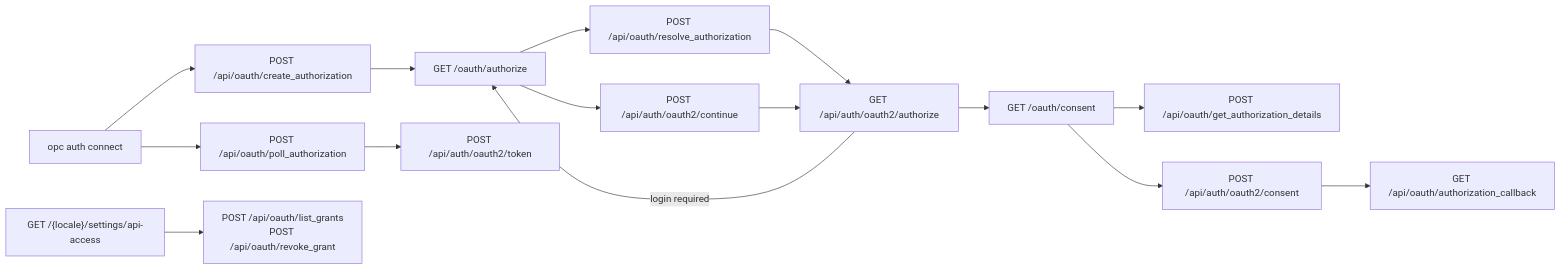
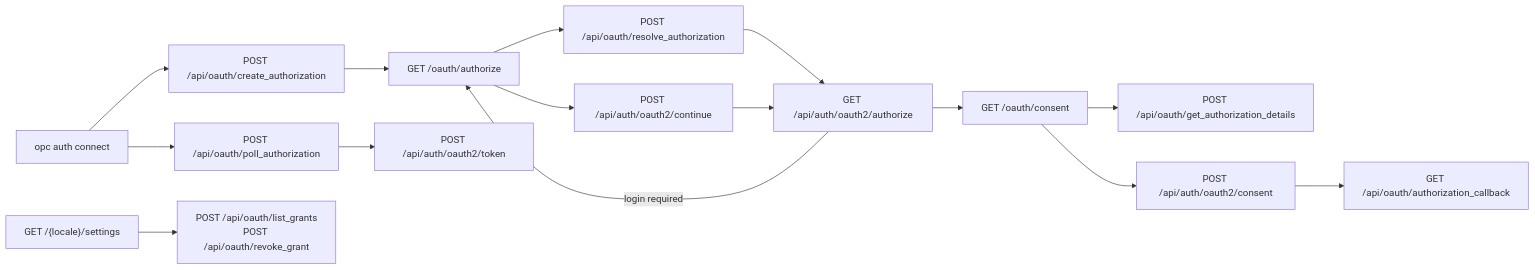
One commit to glidea/opcstack changed the second of 11 diagrams in docs/v025/tech-design.md. Above: the diagram before and after it, drawn with Mermaid. The commit also changed other lines of this file and 64 other files, not shown here.

````diff
--- a/docs/v025/tech-design.md
+++ b/docs/v025/tech-design.md
@@ -1018,32 +1013,32 @@
 ```mermaid
 flowchart LR
   CLI["opc auth connect"]
   Create["POST /api/oauth/create_authorization"]
   AuthorizePage["GET /oauth/authorize"]
   Resolve["POST /api/oauth/resolve_authorization"]
   Authorize["GET /api/auth/oauth2/authorize"]
   Continue["POST /api/auth/oauth2/continue"]
   ConsentPage["GET /oauth/consent"]
   Details["POST /api/oauth/get_authorization_details"]
   Consent["POST /api/auth/oauth2/consent"]
   Callback["GET /api/oauth/authorization_callback"]
   Poll["POST /api/oauth/poll_authorization"]
   Token["POST /api/auth/oauth2/token"]
-  Settings["GET /{locale}/settings/api-access"]
+  Settings["GET /{locale}/settings"]
   Grants["POST /api/oauth/list_grants<br/>POST /api/oauth/revoke_grant"]
 
   CLI --> Create
   Create --> AuthorizePage
   AuthorizePage --> Resolve
   Resolve --> Authorize
   Authorize -->|login required| AuthorizePage
   AuthorizePage --> Continue
   Continue --> Authorize
   Authorize --> ConsentPage
   ConsentPage --> Details
   ConsentPage --> Consent
   Consent --> Callback
   CLI --> Poll
   Poll --> Token
   Settings --> Grants
 ```
````
